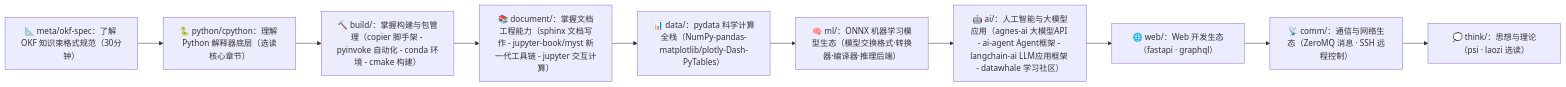
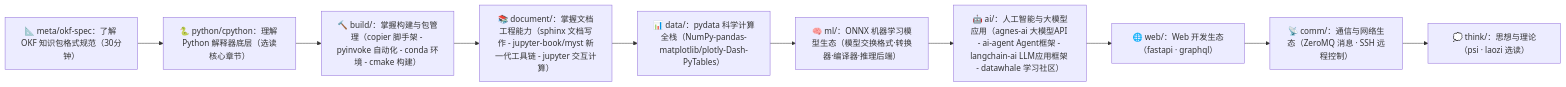
One commit to awesome-flexloop/awesome-okf changed the second of 2 diagrams in doc/bundles/index.md. Above: the diagram before and after it, drawn with Mermaid. The commit also changed other lines of this file and 175 other files, not shown here.

````diff
--- a/doc/bundles/index.md
+++ b/doc/bundles/index.md
@@ -51,14 +51,14 @@
 ```mermaid
 flowchart LR
-    meta["📐 meta/okf-spec：了解 OKF 知识束格式规范（30分钟）"]
+    meta["📐 meta/okf-spec：了解 OKF 知识包格式规范（30分钟）"]
     py["🐍 python/cpython：理解 Python 解释器底层（选读核心章节）"]
     build["🔨 build/：掌握构建与包管理（copier 脚手架 - pyinvoke 自动化 - conda 环境 - cmake 构建）"]
     doc["📚 document/：掌握文档工程能力（sphinx 文档写作 - jupyter-book/myst 新一代工具链 - jupyter 交互计算）"]
     data["📊 data/：pydata 科学计算全栈（NumPy-pandas-matplotlib/plotly-Dash-PyTables）"]
     ml["🧠 ml/：ONNX 机器学习模型生态（模型交换格式·转换器·编译器·推理后端）"]
     ai["🤖 ai/：人工智能与大模型应用（agnes-ai 大模型API - ai-agent Agent框架 - langchain-ai LLM应用框架 - datawhale 学习社区）"]
     web["🌐 web/：Web 开发生态（fastapi · graphql）"]
     comm["📡 comm/：通信与网络生态（ZeroMQ 消息 · SSH 远程控制）"]
     think["💭 think/：思想与理论（psi · laozi 选读）"]
     meta --> py --> build --> doc --> data --> ml --> ai --> web --> comm --> think
 ```
````
